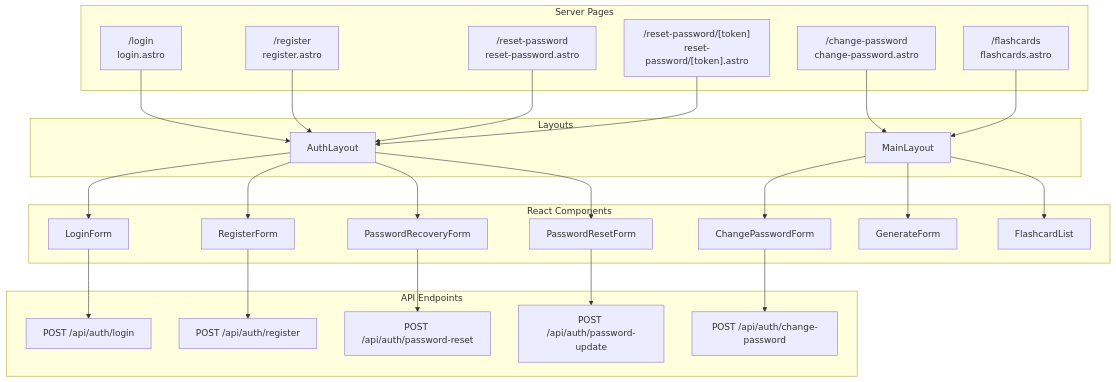
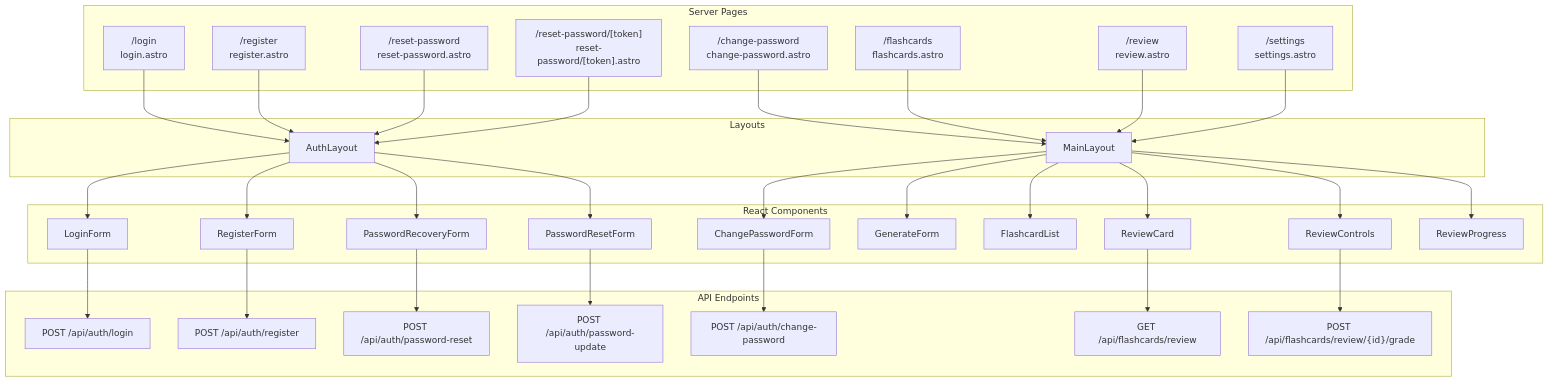
Before and after one commit to mdolega/flashcard-10x-app: the diagram in .ai/diagrams/ui.md, drawn with Mermaid. The commit also changed other lines of this file and 62 other files, not shown here.

````diff
--- a/.ai/diagrams/ui.md
+++ b/.ai/diagrams/ui.md
@@ -3,55 +1,69 @@
 ```mermaid
 flowchart TD
   subgraph "Layouts"
     AL[AuthLayout]
     ML[MainLayout]
   end
 
   subgraph "Server Pages"
     LP["/login<br/>login.astro"]
     RP["/register<br/>register.astro"]
     RRP["/reset-password<br/>reset-password.astro"]
     RRPT["/reset-password/[token]<br/>reset-password/[token].astro"]
     CP["/change-password<br/>change-password.astro"]
     FP["/flashcards<br/>flashcards.astro"]
+    RV["/review<br/>review.astro"]
+    ST["/settings<br/>settings.astro"]
   end
 
   subgraph "React Components"
     LF[LoginForm]
     RF[RegisterForm]
     PRF[PasswordRecoveryForm]
     PTF[PasswordResetForm]
     CPF[ChangePasswordForm]
     GF[GenerateForm]
     FL[FlashcardList]
+    RC[ReviewCard]
+    RCTL[ReviewControls]
+    RPR[ReviewProgress]
   end
 
   subgraph "API Endpoints"
     API_Login["POST /api/auth/login"]
     API_Register["POST /api/auth/register"]
     API_PWReset["POST /api/auth/password-reset"]
     API_PWUpdate["POST /api/auth/password-update"]
     API_ChgPW["POST /api/auth/change-password"]
+    API_RevList["GET /api/flashcards/review"]
+    API_RevGrade["POST /api/flashcards/review/{id}/grade"]
   end
 
   LP --> AL
   RP --> AL
   RRP --> AL
   RRPT --> AL
   CP --> ML
   FP --> ML
+  RV --> ML
+  ST --> ML
 
   AL --> LF
   AL --> RF
   AL --> PRF
   AL --> PTF
   ML --> CPF
   ML --> GF
   ML --> FL
+  ML --> RC
+  ML --> RCTL
+  ML --> RPR
 
   LF --> API_Login
   RF --> API_Register
   PRF --> API_PWReset
   PTF --> API_PWUpdate
   CPF --> API_ChgPW
+  RC --> API_RevList
+  RCTL --> API_RevGrade
 ```  
````
